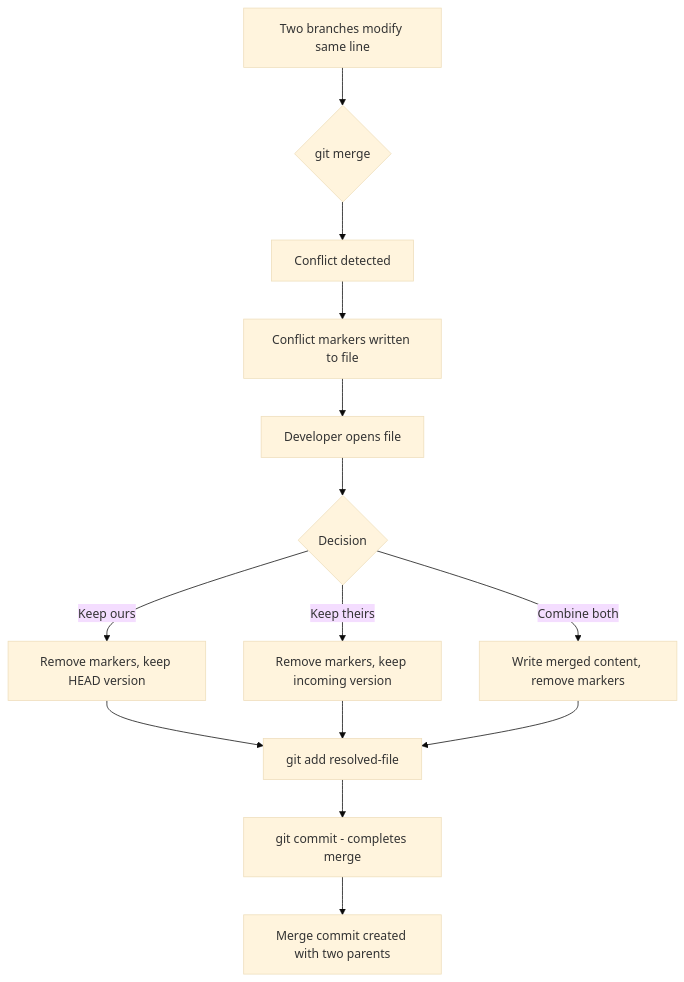
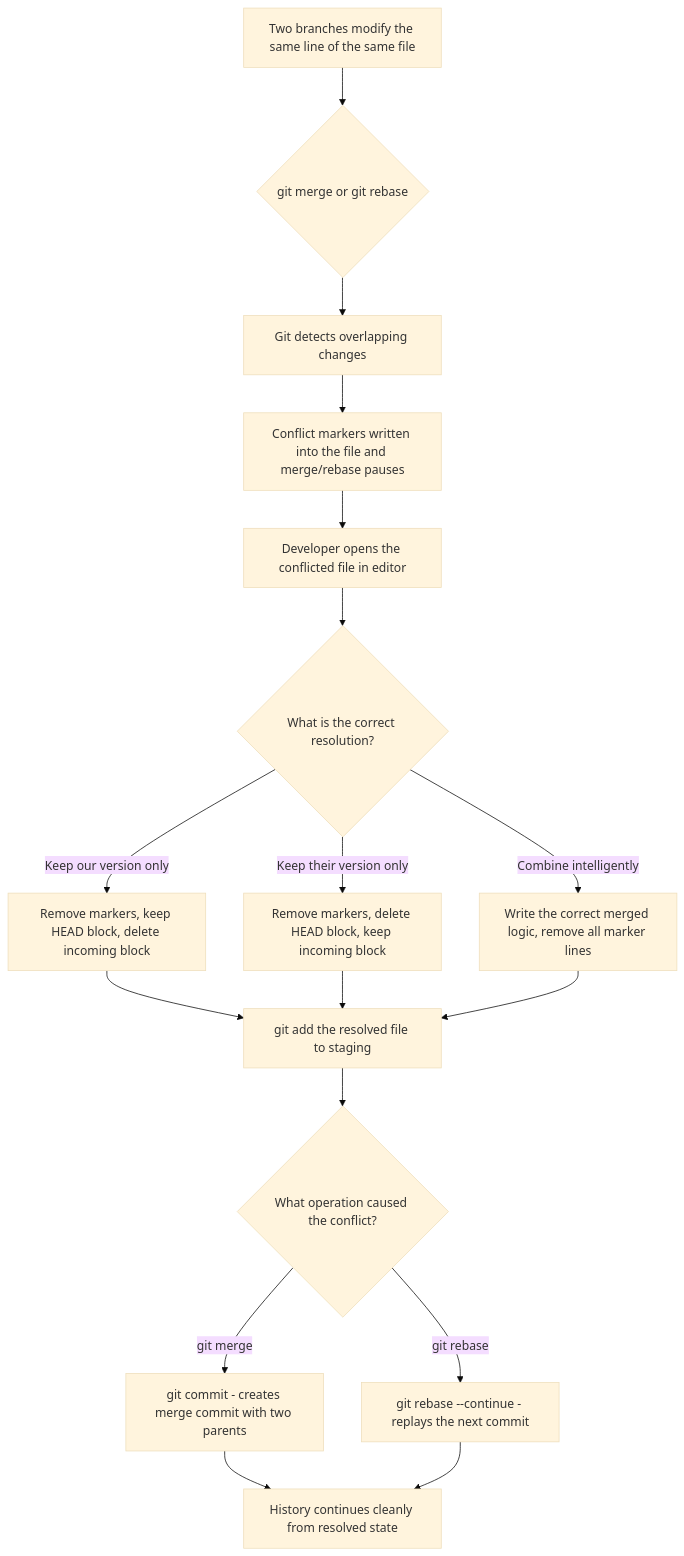
The fifth of 6 diagrams in README.md (hkevin01/gitsim), drawn with Mermaid (base theme) before and after one commit. The commit also changed other lines of this file, not shown here.

````diff
--- a/README.md
+++ b/README.md
@@ -277,14 +471,16 @@
 ```mermaid
 flowchart TD
-    A[Two branches modify same line] --> B{git merge}
-    B --> C[Conflict detected]
-    C --> D[Conflict markers written to file]
-    D --> E[Developer opens file]
-    E --> F{Decision}
-    F -->|Keep ours| G[Remove markers, keep HEAD version]
-    F -->|Keep theirs| H[Remove markers, keep incoming version]
-    F -->|Combine both| I[Write merged content, remove markers]
-    G & H & I --> J[git add resolved-file]
-    J --> K[git commit - completes merge]
-    K --> L[Merge commit created with two parents]
+    A["Two branches modify the same line of the same file"] --> B{"git merge or git rebase"}
+    B --> C["Git detects overlapping changes"]
+    C --> D["Conflict markers written into the file and merge/rebase pauses"]
+    D --> E["Developer opens the conflicted file in editor"]
+    E --> F{"What is the correct resolution?"}
+    F -->|"Keep our version only"| G["Remove markers, keep HEAD block, delete incoming block"]
+    F -->|"Keep their version only"| H["Remove markers, delete HEAD block, keep incoming block"]
+    F -->|"Combine intelligently"| I["Write the correct merged logic, remove all marker lines"]
+    G & H & I --> J["git add the resolved file to staging"]
+    J --> K{"What operation caused the conflict?"}
+    K -->|"git merge"| L["git commit - creates merge commit with two parents"]
+    K -->|"git rebase"| M["git rebase --continue - replays the next commit"]
+    L & M --> N["History continues cleanly from resolved state"]
 ```
````
